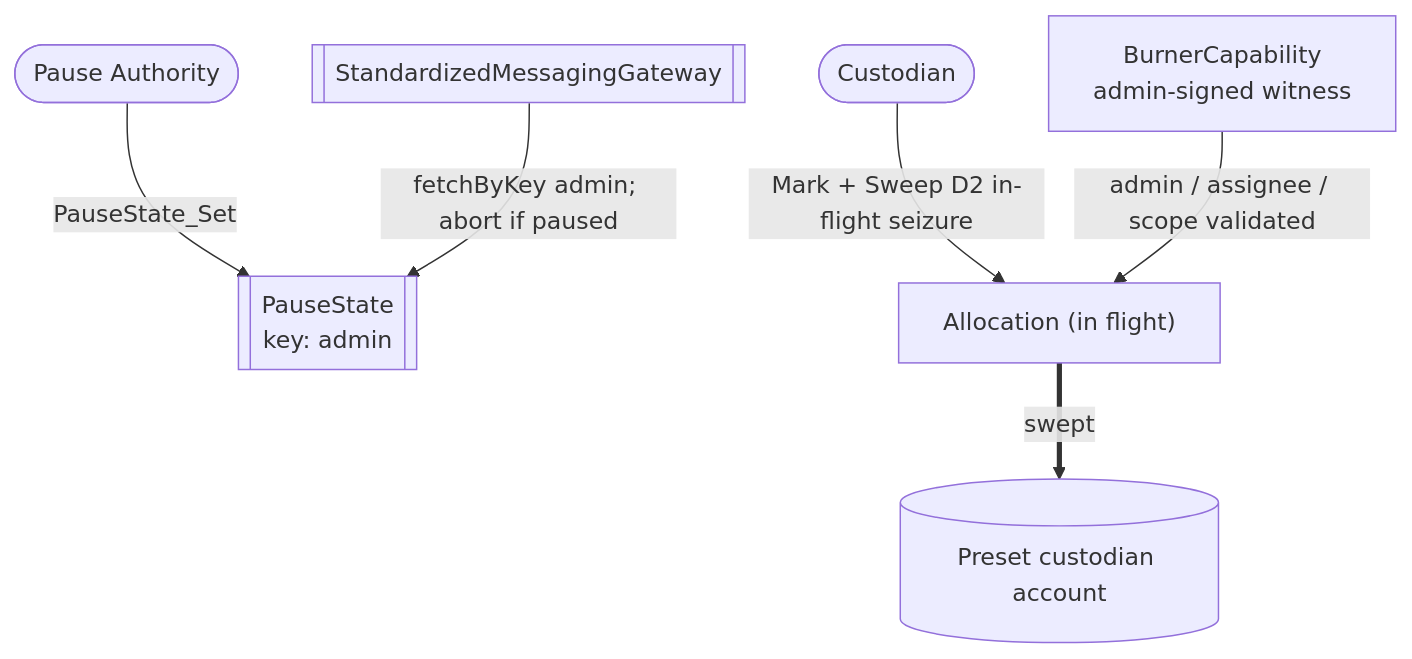
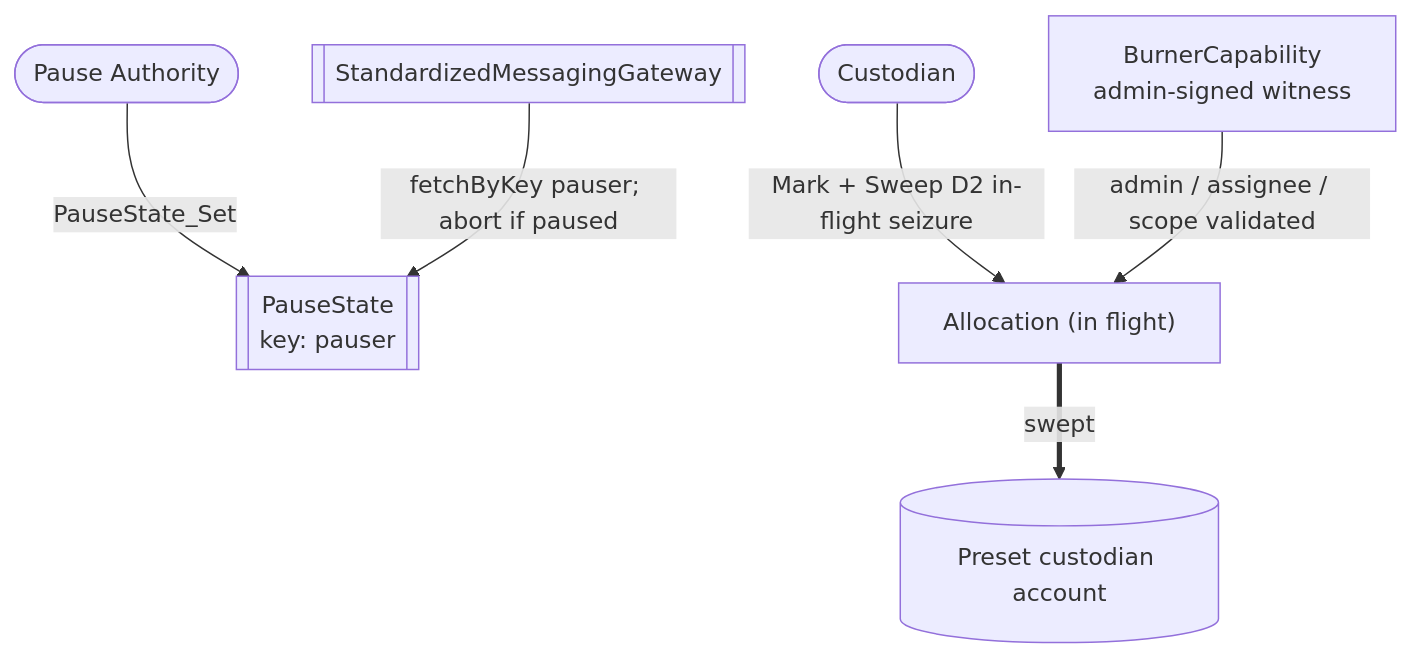
One commit to OpenZeppelin/canton-specs changed the fourth of 5 diagrams in docs/ri-reports/03-cross-chain-stablecoin.md. Above: the diagram before and after it, drawn with Mermaid. The commit also changed other lines of this file and 1 other file, not shown here.

Commit message:
C14: fix key claims (no template declares a key; maintainers must be signatories) and show the attester registry as a caller-supplied cid validated by admin-match

````diff
--- a/docs/ri-reports/03-cross-chain-stablecoin.md
+++ b/docs/ri-reports/03-cross-chain-stablecoin.md
@@ -217,16 +217,16 @@
 ```mermaid
 flowchart TD
     Pauser([Pause Authority])
-    Pause[["PauseState<br/>key: admin"]]
+    Pause[["PauseState<br/>key: pauser"]]
     GW[["StandardizedMessagingGateway"]]
     Custodian([Custodian])
     Cap["BurnerCapability<br/>admin-signed witness"]
     Alloc["Allocation (in flight)"]
     Dest[("Preset custodian account")]
 
     Pauser -->|"PauseState_Set"| Pause
-    GW -->|"fetchByKey admin; abort if paused"| Pause
+    GW -->|"fetchByKey pauser; abort if paused"| Pause
     Custodian -->|"Mark + Sweep D2 in-flight seizure"| Alloc
     Cap -->|"admin / assignee / scope validated"| Alloc
     Alloc ==>|"swept"| Dest
 ```
````
